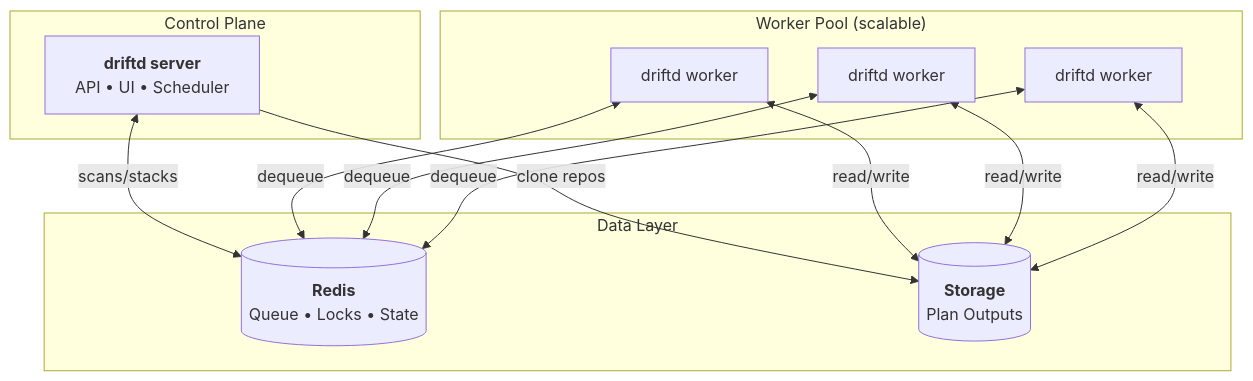
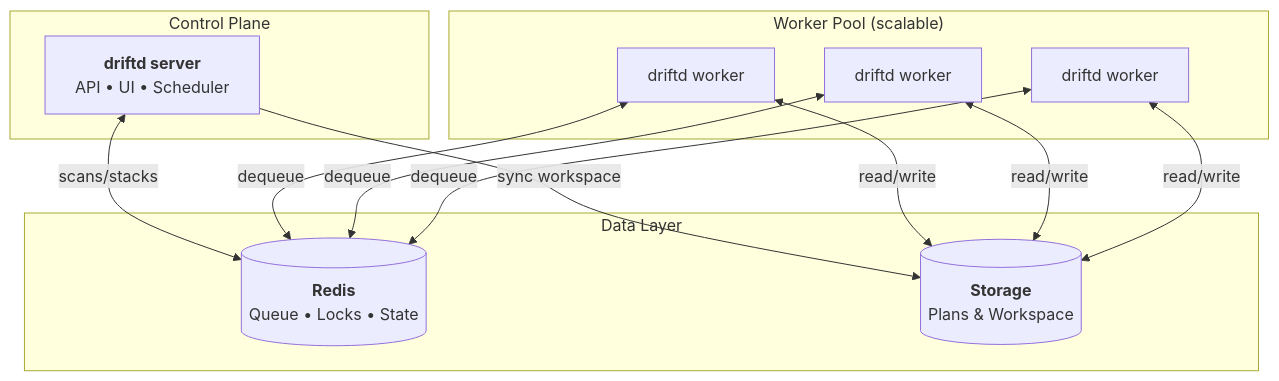
The diagram in README.md (driftdhq/driftd), drawn with Mermaid before and after one commit. The commit also changed other lines of this file, not shown here.

Commit message:
Update README for workspace sync and caching

````diff
--- a/README.md
+++ b/README.md
@@ -51,22 +51,22 @@
 ```mermaid
 flowchart TB
     subgraph Control["Control Plane"]
         Server["<b>driftd server</b><br/>API &bull; UI &bull; Scheduler"]
     end
 
     subgraph Data["Data Layer"]
         Redis[("<b>Redis</b><br/>Queue &bull; Locks &bull; State")]
-        Storage[("<b>Storage</b><br/>Plan Outputs")]
+        Storage[("<b>Storage</b><br/>Plans & Workspace")]
     end
 
     subgraph Workers["Worker Pool (scalable)"]
         W1["driftd worker"]
         W2["driftd worker"]
         W3["driftd worker"]
     end
 
     Server <--> |"scans/stacks"| Redis
-    Server --> |"clone repos"| Storage
+    Server --> |"sync workspace"| Storage
     W1 & W2 & W3 <--> |"dequeue"| Redis
     W1 & W2 & W3 <--> |"read/write"| Storage
 ```
````
